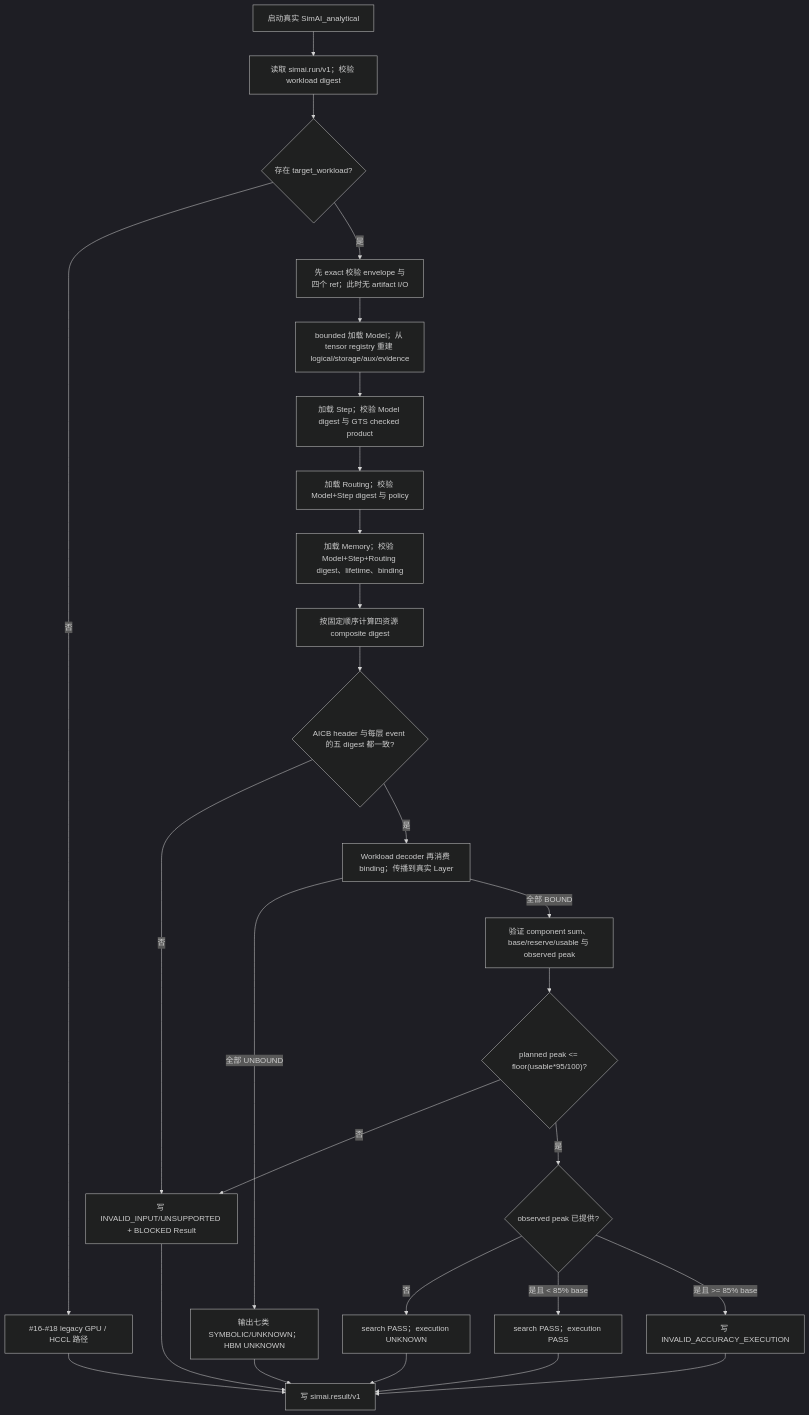
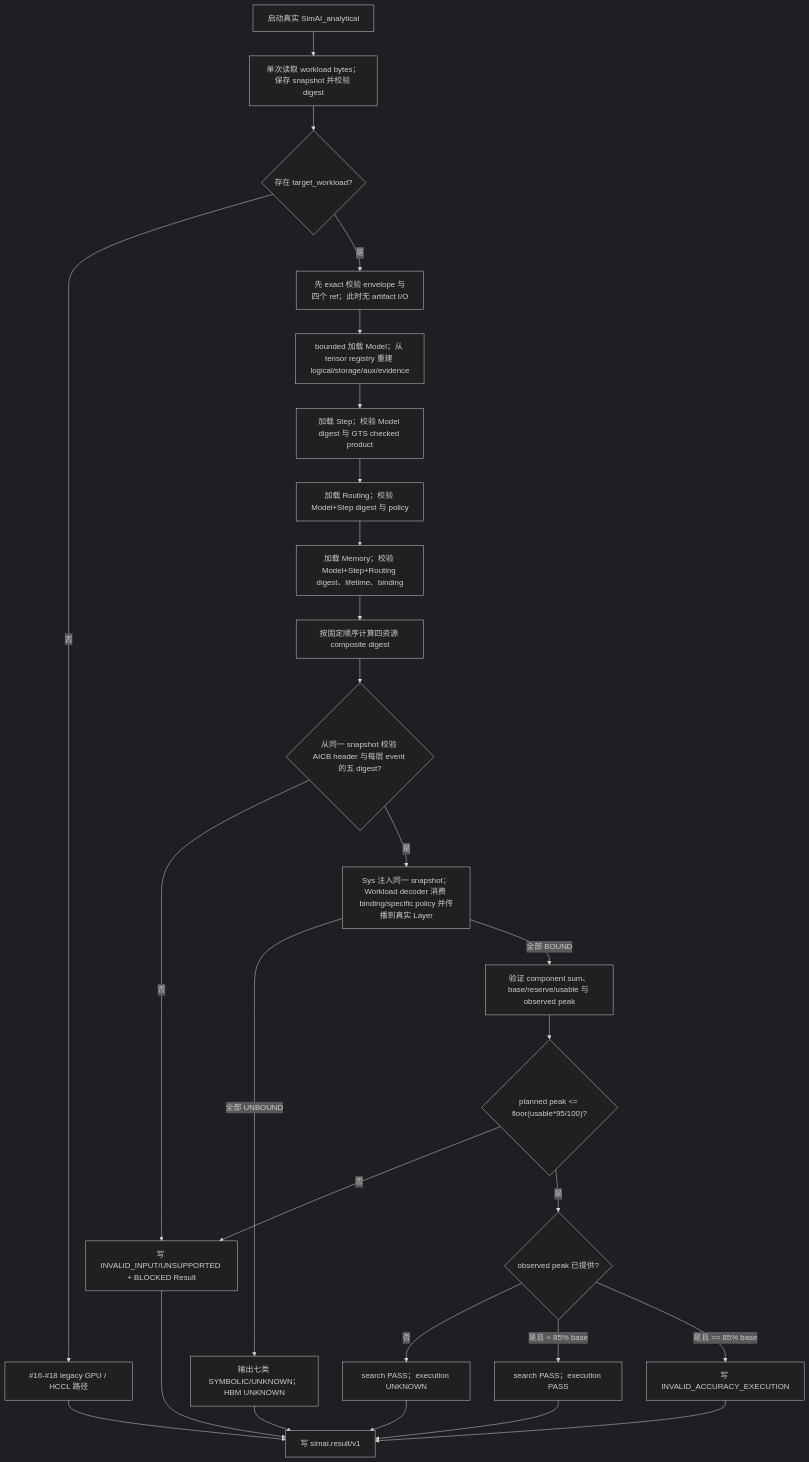
Before and after one commit to Kirrito-k423/SimAI-Ascend: the first of 2 diagrams in docs/design/issue-19-design.md, drawn with Mermaid (dark theme). The commit also changed other lines of this file and 9 other files, not shown here.

Commit message:
fix: bind target execution to verified workload bytes (#19)

````diff
--- a/docs/design/issue-19-design.md
+++ b/docs/design/issue-19-design.md
@@ -53,29 +54,29 @@
 ```mermaid
 flowchart TD
-    A["启动真实 SimAI_analytical"] --> B["读取 simai.run/v1；校验 workload digest"]
+    A["启动真实 SimAI_analytical"] --> B["单次读取 workload bytes；保存 snapshot 并校验 digest"]
     B --> C{"存在 target_workload?"}
     C -- "否" --> L["#16-#18 legacy GPU / HCCL 路径"]
     C -- "是" --> V["先 exact 校验 envelope 与四个 ref；此时无 artifact I/O"]
     V --> D["bounded 加载 Model；从 tensor registry 重建 logical/storage/aux/evidence"]
     D --> E["加载 Step；校验 Model digest 与 GTS checked product"]
     E --> F["加载 Routing；校验 Model+Step digest 与 policy"]
     F --> G["加载 Memory；校验 Model+Step+Routing digest、lifetime、binding"]
     G --> H["按固定顺序计算四资源 composite digest"]
-    H --> I{"AICB header 与每层 event 的五 digest 都一致?"}
+    H --> I{"从同一 snapshot 校验 AICB header 与每层 event 的五 digest?"}
     I -- "否" --> X["写 INVALID_INPUT/UNSUPPORTED + BLOCKED Result"]
-    I -- "是" --> U["Workload decoder 再消费 binding；传播到真实 Layer"]
+    I -- "是" --> U["Sys 注入同一 snapshot；Workload decoder 消费 binding/specific policy 并传播到真实 Layer"]
     U -- "全部 UNBOUND" --> S["输出七类 SYMBOLIC/UNKNOWN；HBM UNKNOWN"]
     U -- "全部 BOUND" --> M["验证 component sum、base/reserve/usable 与 observed peak"]
     M --> N{"planned peak <= floor(usable*95/100)?"}
     N -- "否" --> X
     N -- "是" --> O{"observed peak 已提供?"}
     O -- "否" --> R["search PASS；execution UNKNOWN"]
     O -- "是且 < 85% base" --> P["search PASS；execution PASS"]
     O -- "是且 >= 85% base" --> Y["写 INVALID_ACCURACY_EXECUTION"]
     L --> W["写 simai.result/v1"]
     S --> W
     R --> W
     P --> W
     X --> W
     Y --> W
 ```
````
